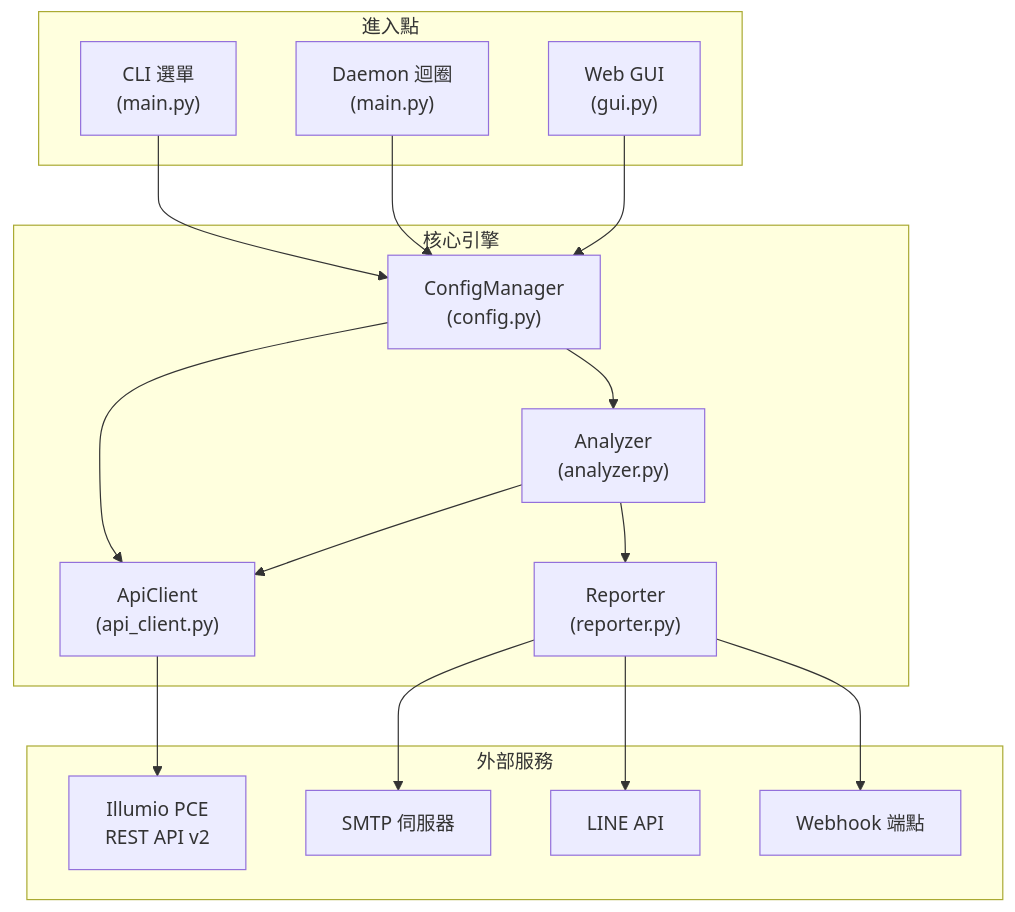
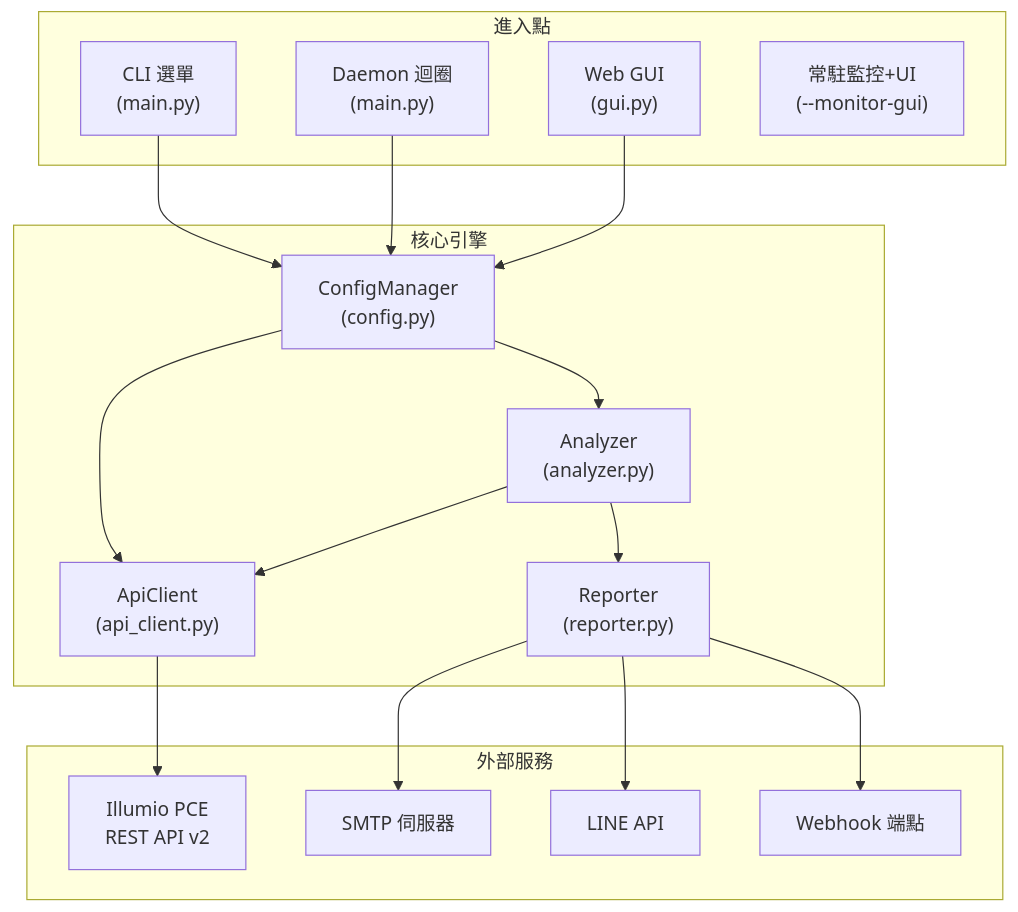
The first of 2 diagrams in docs/Project_Architecture_zh.md (harry10148/illumio_ops), drawn with Mermaid before and after one commit. The commit also changed other lines of this file and 15 other files, not shown here.

````diff
--- a/docs/Project_Architecture_zh.md
+++ b/docs/Project_Architecture_zh.md
@@ -9,34 +9,35 @@
 ```mermaid
 graph TB
     subgraph Entry["進入點"]
         CLI["CLI 選單<br/>(main.py)"]
         DAEMON["Daemon 迴圈<br/>(main.py)"]
         GUI["Web GUI<br/>(gui.py)"]
+        PERSIST["常駐監控+UI<br/>(--monitor-gui)"]
     end
 
     subgraph Core["核心引擎"]
         CFG["ConfigManager<br/>(config.py)"]
         API["ApiClient<br/>(api_client.py)"]
         ANA["Analyzer<br/>(analyzer.py)"]
         REP["Reporter<br/>(reporter.py)"]
     end
 
     subgraph External["外部服務"]
         PCE["Illumio PCE<br/>REST API v2"]
         SMTP_SVC["SMTP 伺服器"]
         LINE_SVC["LINE API"]
         HOOK_SVC["Webhook 端點"]
     end
 
     CLI --> CFG
     DAEMON --> CFG
     GUI --> CFG
     CFG --> API
     API --> PCE
     CFG --> ANA
     ANA --> API
     ANA --> REP
     REP --> SMTP_SVC
     REP --> LINE_SVC
     REP --> HOOK_SVC
 ```
````
